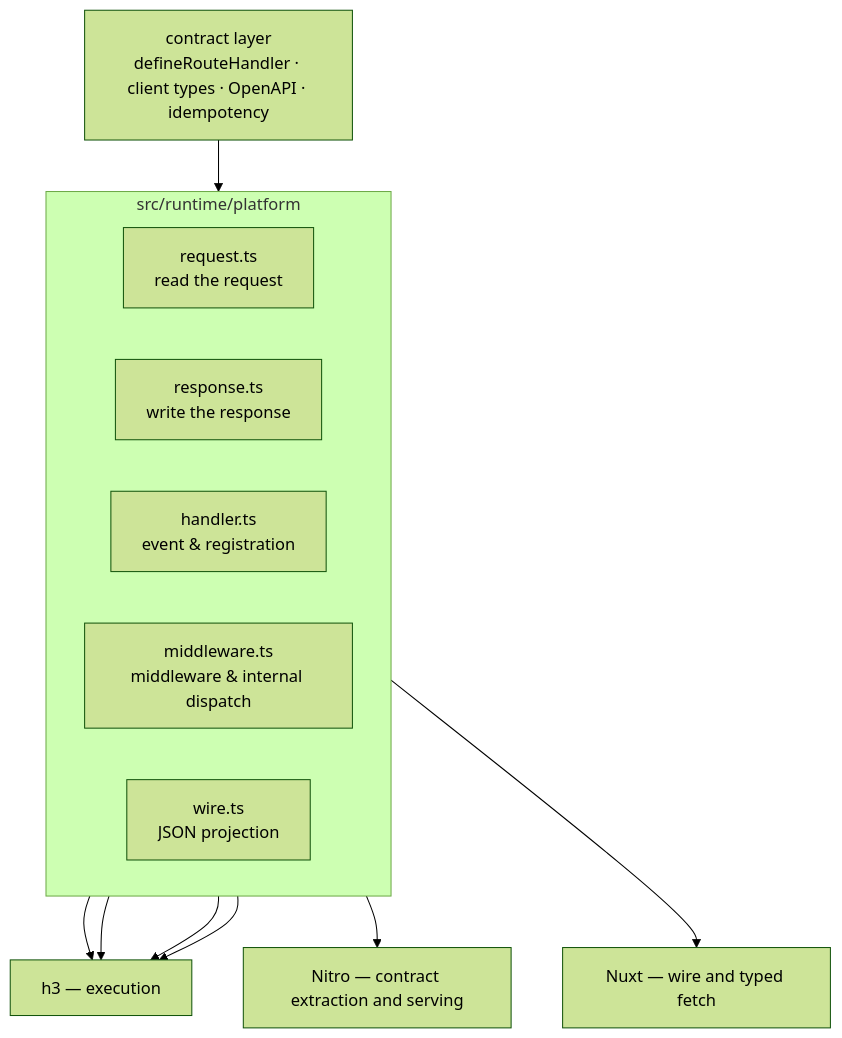
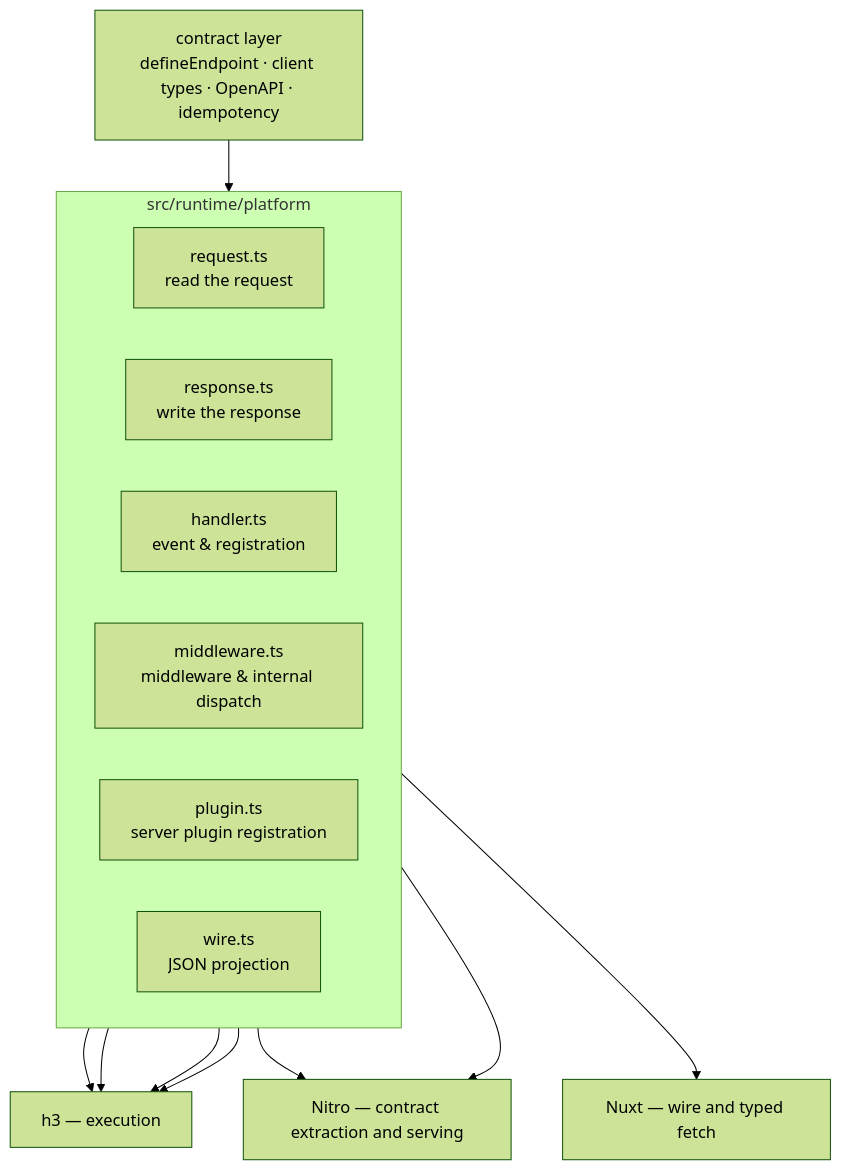
Before and after one commit to nuxt-endpoints/nuxt-endpoints: the diagram in src/runtime/platform/README.md, drawn with Mermaid (forest theme). The commit also changed other lines of this file and 134 other files, not shown here.

Commit message:
feat(nuxt5): align endpoint authoring and canonical route identities

````diff
--- a/src/runtime/platform/README.md
+++ b/src/runtime/platform/README.md
@@ -14,23 +12,25 @@
 ```mermaid
 flowchart TB
-    contract["contract layer<br/>defineRouteHandler · client types · OpenAPI · idempotency"]
+    contract["contract layer<br/>defineEndpoint · client types · OpenAPI · idempotency"]
     subgraph seam["src/runtime/platform"]
         direction LR
         request["request.ts<br/>read the request"]
         response["response.ts<br/>write the response"]
         handler["handler.ts<br/>event & registration"]
         middleware["middleware.ts<br/>middleware & internal dispatch"]
+        plugin["plugin.ts<br/>server plugin registration"]
         wire["wire.ts<br/>JSON projection"]
     end
     h3["h3 — execution"]
     nitro["Nitro — contract extraction and serving"]
     nuxt["Nuxt — wire and typed fetch"]
 
     contract --> seam
     request --> h3
     response --> h3
     handler --> h3
     middleware --> h3
     middleware --> nitro
+    plugin --> nitro
     wire --> nuxt
 ```
````
